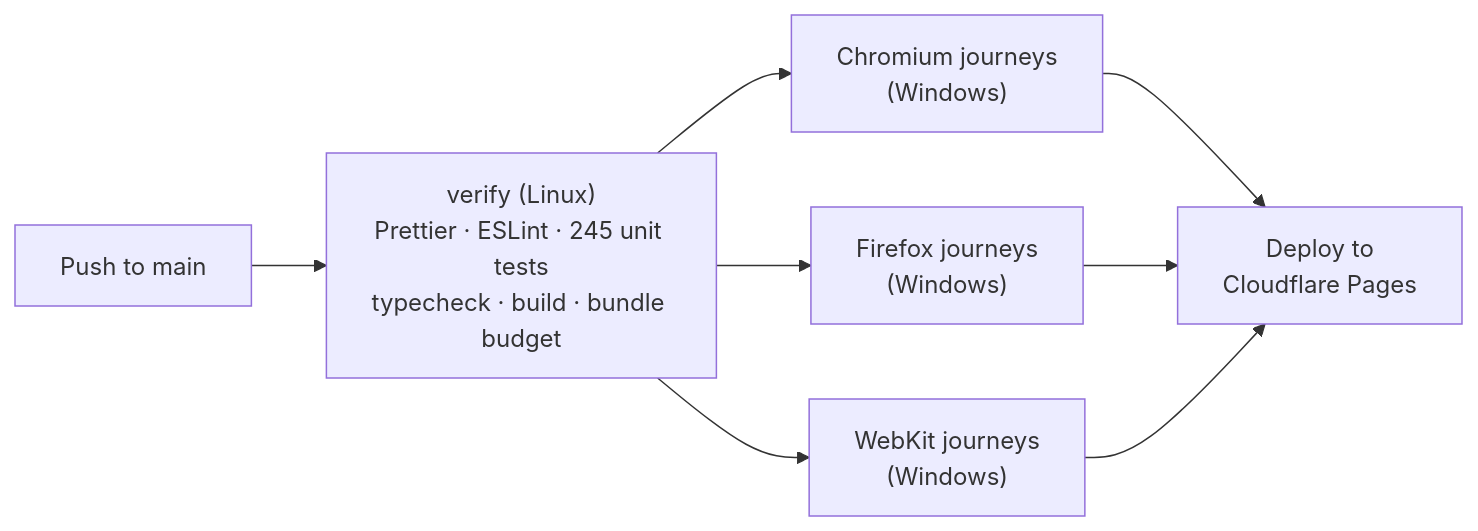
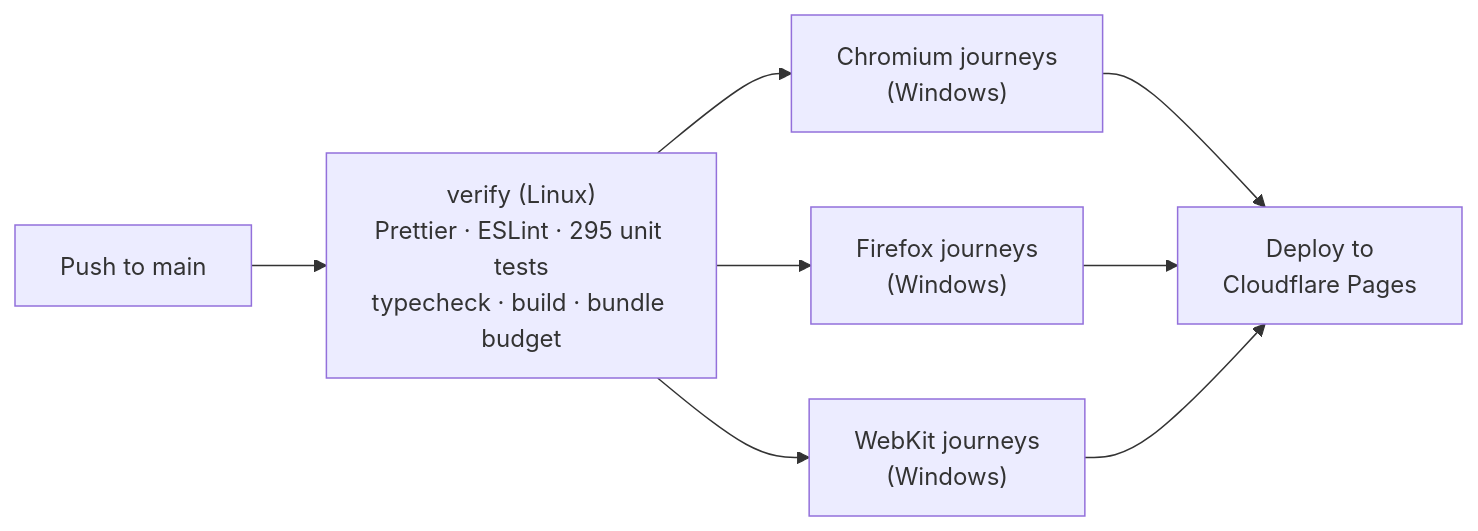
Before and after one commit to Lewandowskista/pitch-to-glory: the fourth of 4 diagrams in README.md, drawn with Mermaid. The commit also changed other lines of this file and 3 other files, not shown here.

````diff
--- a/README.md
+++ b/README.md
@@ -147,10 +156,10 @@
 ```mermaid
 flowchart LR
-  Push["Push to main"] --> Verify["verify (Linux)<br/>Prettier · ESLint · 245 unit tests<br/>typecheck · build · bundle budget"]
+  Push["Push to main"] --> Verify["verify (Linux)<br/>Prettier · ESLint · 295 unit tests<br/>typecheck · build · bundle budget"]
   Verify --> C["Chromium journeys<br/>(Windows)"]
   Verify --> F["Firefox journeys<br/>(Windows)"]
   Verify --> W["WebKit journeys<br/>(Windows)"]
   C --> Deploy["Deploy to<br/>Cloudflare Pages"]
   F --> Deploy
   W --> Deploy
 ```
````
